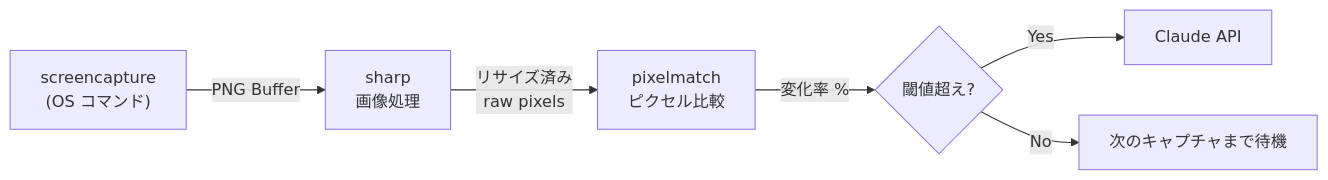
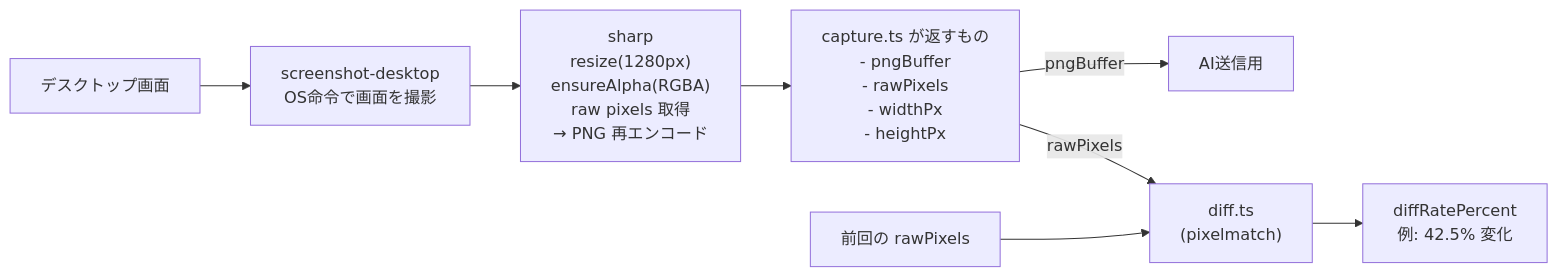
The fourth of 16 diagrams in docs/architecture.md (yukaorange/dcc_suport), drawn with Mermaid before and after one commit. The commit also changed other lines of this file and 7 other files, not shown here.

````diff
--- a/docs/architecture.md
+++ b/docs/architecture.md
@@ -58,8 +144,10 @@
 ```mermaid
 flowchart LR
-    A["screencapture<br/>(OS コマンド)"] -- "PNG Buffer" --> B["sharp<br/>画像処理"]
-    B -- "リサイズ済み<br/>raw pixels" --> C["pixelmatch<br/>ピクセル比較"]
-    C -- "変化率 %" --> D{閾値超え?}
-    D -- Yes --> E["Claude API"]
-    D -- No --> F["次のキャプチャまで待機"]
+    A["デスクトップ画面"] --> B["screenshot-desktop<br>OS命令で画面を撮影"]
+    B --> C["sharp<br>resize(1280px)<br>ensureAlpha(RGBA)<br>raw pixels 取得<br>→ PNG 再エンコード"]
+    C --> D["capture.ts が返すもの<br>- pngBuffer<br>- rawPixels<br>- widthPx<br>- heightPx"]
+    D -->|"pngBuffer"| E["AI送信用"]
+    D -->|"rawPixels"| F["diff.ts<br>(pixelmatch)"]
+    G["前回の rawPixels"] --> F
+    F --> H["diffRatePercent<br>例: 42.5% 変化"]
 ```
````
